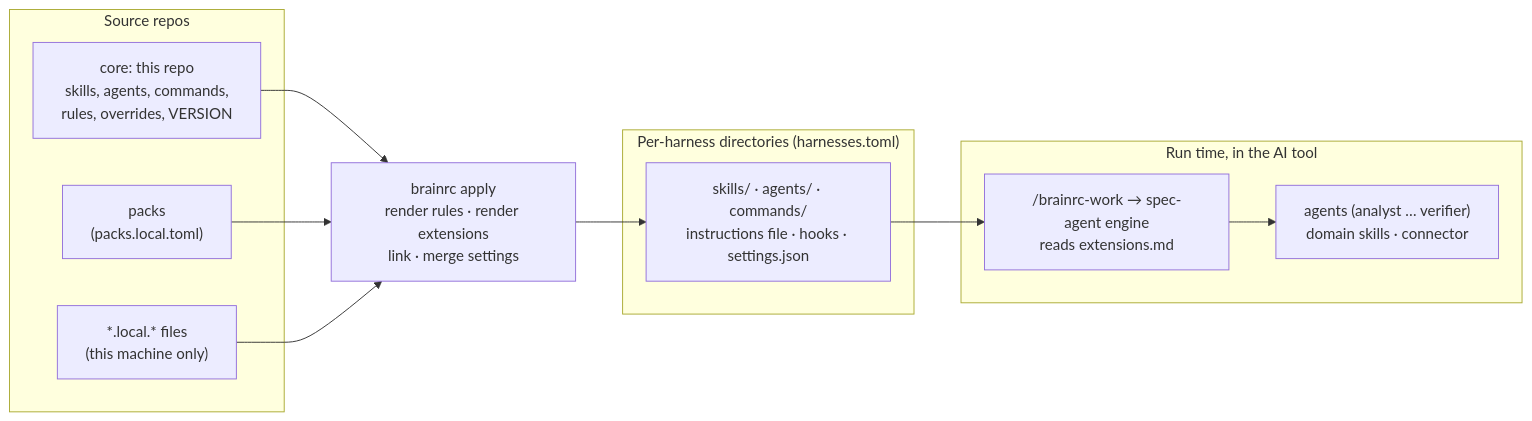
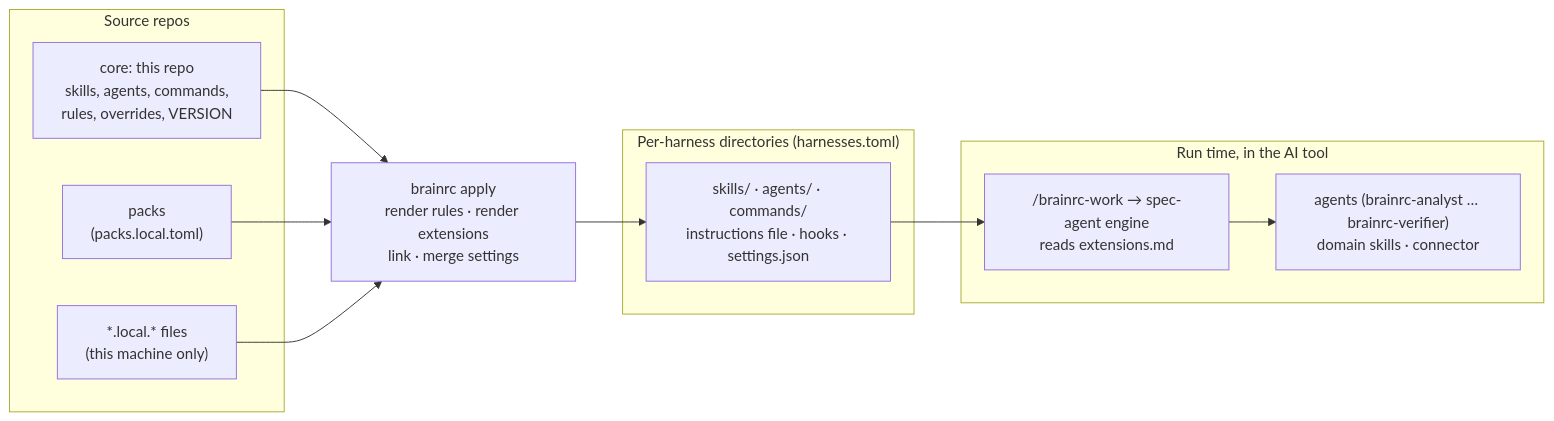
Before and after one commit to brainrc/brainrc: the diagram in docs/architecture.md, drawn with Mermaid. The commit also changed 50 other files, not shown here.

First line of the commit message:
Rename core agents to brainrc-*, keeping the old names as aliases (#295)

````diff
--- a/docs/architecture.md
+++ b/docs/architecture.md
@@ -6,22 +6,22 @@
 ```mermaid
 flowchart LR
   subgraph sources["Source repos"]
     core["core: this repo<br/>skills, agents, commands,<br/>rules, overrides, VERSION"]
     packs["packs<br/>(packs.local.toml)"]
     local["*.local.* files<br/>(this machine only)"]
   end
   apply["brainrc apply<br/>render rules · render extensions<br/>link · merge settings"]
   subgraph harnesses["Per-harness directories (harnesses.toml)"]
     files["skills/ · agents/ · commands/<br/>instructions file · hooks · settings.json"]
   end
   subgraph run["Run time, in the AI tool"]
     engine["/brainrc-work → spec-agent engine<br/>reads extensions.md"]
-    roles["agents (analyst … verifier)<br/>domain skills · connector"]
+    roles["agents (brainrc-analyst … brainrc-verifier)<br/>domain skills · connector"]
   end
   core --> apply
   packs --> apply
   local --> apply
   apply --> files
   files --> engine
   engine --> roles
 ```
````
